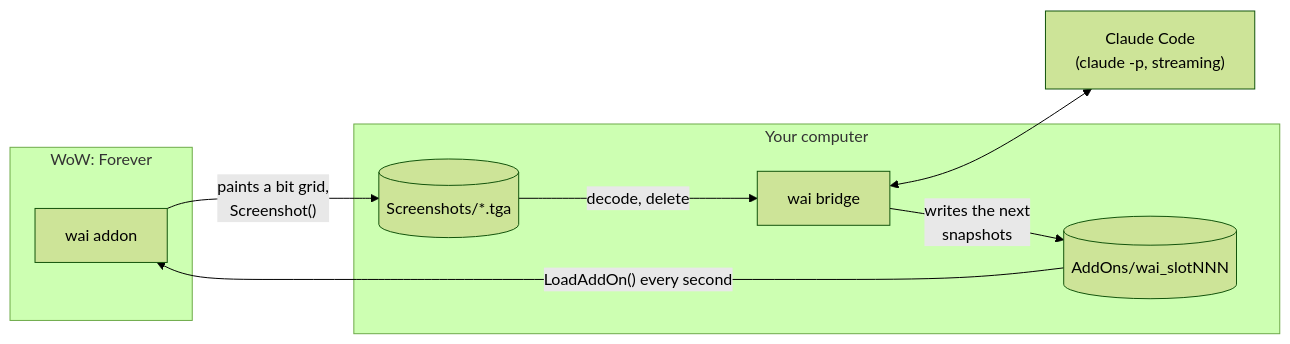
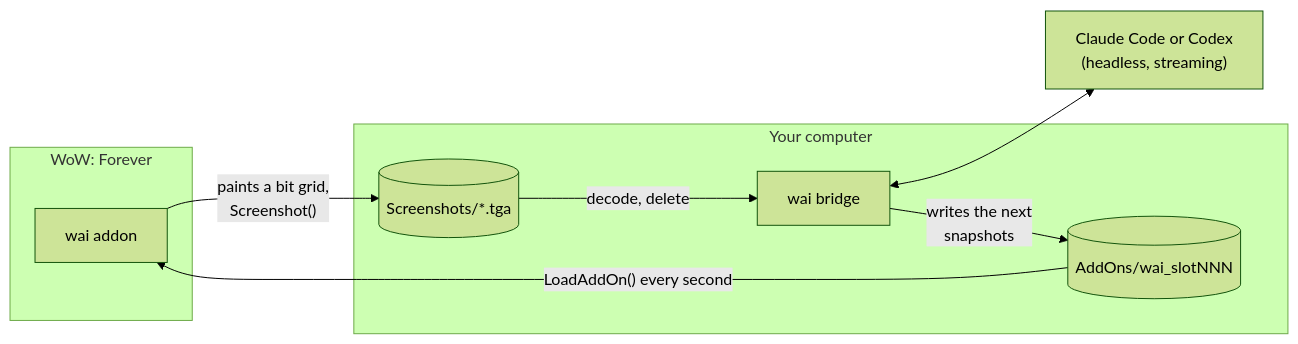
The diagram in README.md (dan-myles/wai), drawn with Mermaid (forest theme) before and after one commit. The commit also changed other lines of this file and 22 other files, not shown here.

````diff
--- a/README.md
+++ b/README.md
@@ -147,18 +160,18 @@
 ```mermaid
 flowchart LR
     subgraph game["WoW: Forever"]
         addon["wai addon"]
     end
     subgraph pc["Your computer"]
         tga[("Screenshots/*.tga")]
         bridge["wai bridge"]
         slots[("AddOns/wai_slotNNN")]
     end
-    claude["Claude Code<br/>(claude -p, streaming)"]
+    claude["Claude Code or Codex<br/>(headless, streaming)"]
 
     addon -- "paints a bit grid,<br/>Screenshot()" --> tga
     tga -- "decode, delete" --> bridge
     bridge <--> claude
     bridge -- "writes the next<br/>snapshots" --> slots
     slots -- "LoadAddOn() every second" --> addon
 ```
````
